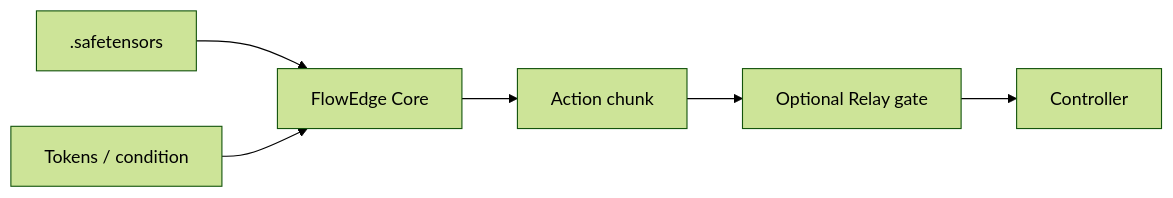
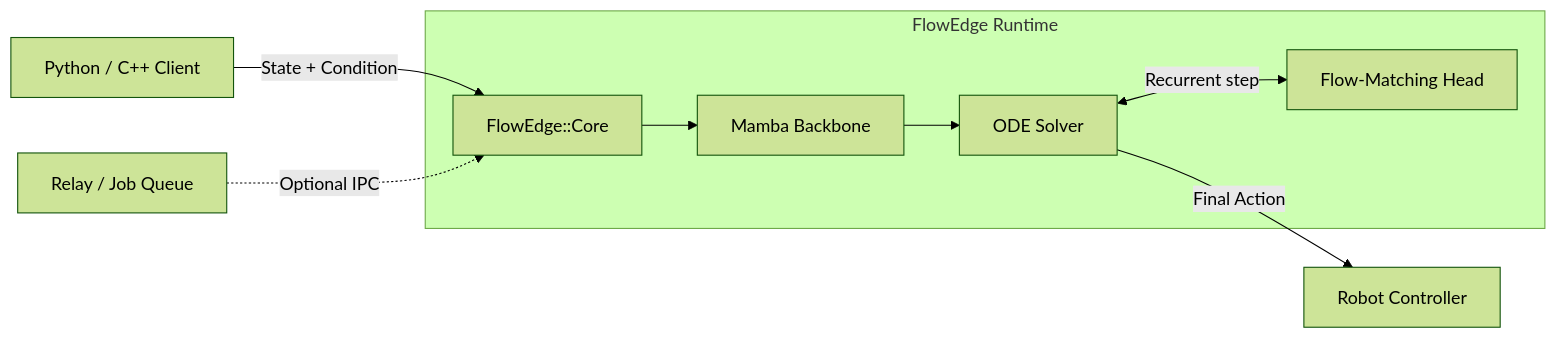
The first of 3 diagrams in README.md (elprofesoriqo/FlowEdge), drawn with Mermaid (forest theme) before and after one commit. The commit also changed other lines of this file, not shown here.

````diff
--- a/README.md
+++ b/README.md
@@ -41,8 +116,11 @@
 ```mermaid
 flowchart LR
-  Model[.safetensors] --> Core[FlowEdge Core]
-  Input[Tokens / condition] --> Core
-  Core --> Action[Action chunk]
-  Action --> Gate[Optional Relay gate]
-  Gate --> Robot[Controller]
+    Client[Python / C++ Client] -->|State + Condition| Core[FlowEdge::Core]
+    subgraph Engine [FlowEdge Runtime]
+        Core --> Backbone[Mamba Backbone]
+        Backbone --> Solver[ODE Solver]
+        Solver <-->|Recurrent step| Head[Flow-Matching Head]
+    end
+    Solver -->|Final Action| Output[Robot Controller]
+    Relay[Relay / Job Queue] -.->|Optional IPC| Core
 ```
````
